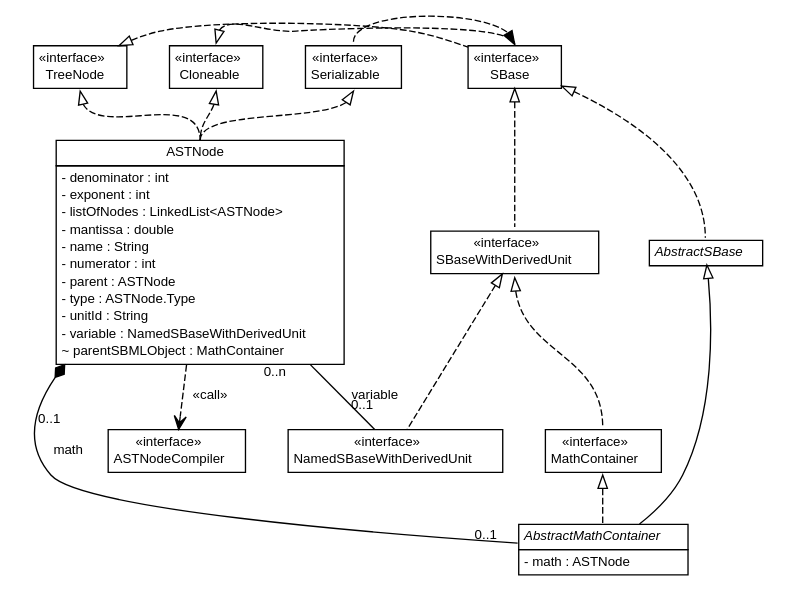
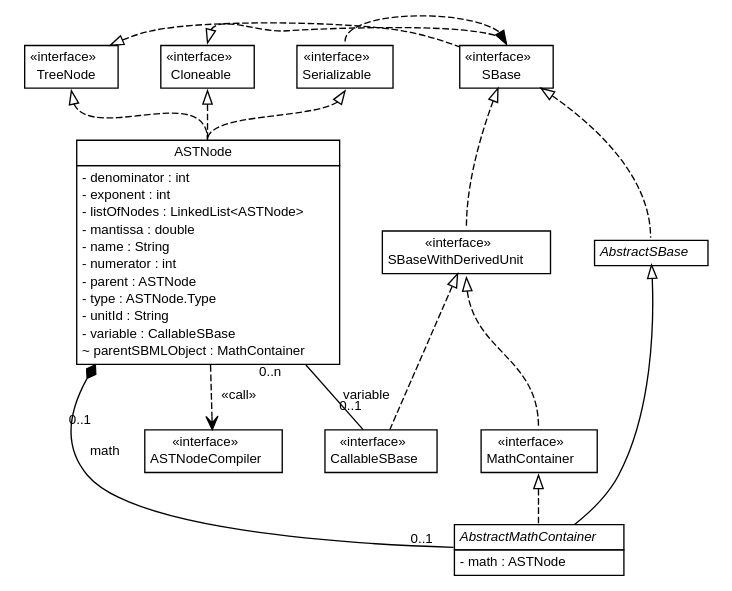
The diagram in doc/img/MathContainerClass.dot (sbmlteam/jsbml), drawn with Graphviz before and after one commit. The commit also changed 10 other files, not shown here.

Commit message:
Updated and improved the documentation about differences between JSBML and libSBML.

```diff
--- a/doc/img/MathContainerClass.dot
+++ b/doc/img/MathContainerClass.dot
@@ -1,153 +1,153 @@
 #!/usr/local/bin/dot
 #
 # Class diagram
 # Generated by UMLGraph version 5.2 (http://www.umlgraph.org/)
 #
 // dot -Tpdf -oMathContainerClass.pdf MathContainerClass.dot && acroread MathContainerClass.pdf &
 digraph G {
 margin=0;
 	edge [fontname="Helvetica",fontsize=10,labelfontname="Helvetica",labelfontsize=10];
         node [fontname="Helvetica",fontsize=10,shape=plaintext,margin="0.1,0"];
 	nodesep=0.25;
 	ranksep=0.5;
 	// org.sbml.jsbml.AbstractMathContainer
 	c0 [label=<<table title="org.sbml.jsbml.AbstractMathContainer" border="0" cellborder="1" cellspacing="0" cellpadding="2" port="p">
 		<tr><td><table border="0" cellspacing="0" cellpadding="1">
 <tr><td align="center" balign="center"><font face="Helvetica-Oblique"> AbstractMathContainer </font></td></tr>
 		</table></td></tr>
 		<tr><td><table border="0" cellspacing="0" cellpadding="1">
 <tr><td align="left" balign="left"> - math : ASTNode </td></tr>
 		</table></td></tr>
 		</table>>, fontname="Helvetica", fontcolor="black", fontsize=10.0];
 	//org.sbml.jsbml.AbstractMathContainer extends AbstractSBase
 	c1:p -> c0:p [dir=back,arrowtail=empty];
 	// org.sbml.jsbml.AbstractMathContainer COMPOSED ASTNode
 	c2:p -> c0:p [taillabel="\n\n\n      0..1", label="math", headlabel="\n\n0..1     ", fontname="Helvetica", fontcolor="black", fontsize=10.0, color="black", arrowhead=none, arrowtail=diamond, dir=back];
 	// org.sbml.jsbml.AbstractMathContainer COMPOSED ASTNode
 	c2:p -> c10:p [taillabel="0..n      ", label="variable", headlabel="0..1\n\n", fontname="Helvetica", fontcolor="black", fontsize=10.0, color="black", arrowhead=diamond, arrowtail=none, dir=back];
 	// AbstractSBase
 	c1[height=0.1,label=<<table title="org.sbml.jsbml.AbstractSBase" border="0" cellborder="1" cellspacing="0" cellpadding="2" port="p" href="http://java.sun.com/j2se/1.4.2/docs/api//AbstractSBase.html">
 		<tr><td><table border="0" cellspacing="0" cellpadding="1">
 <tr><td align="center" balign="center"><font face="Helvetica-Oblique"> AbstractSBase </font></td></tr>
 		</table></td></tr>
 		</table>>, fontname="Helvetica", fontcolor="black", fontsize=10.0];
 // 	// ASTNode
 // 	c2[label=<<table title="ASTNode" border="0" cellborder="1" cellspacing="0" cellpadding="2" port="p" href="http://java.sun.com/j2se/1.4.2/docs/api//ASTNode.html">
 // 		<tr><td><table border="0" cellspacing="0" cellpadding="1">
 // <tr><td align="center" balign="center"> ASTNode </td></tr>
 // 		</table></td></tr>
 // 		</table>>, fontname="Helvetica", fontcolor="black", fontsize=10.0];
 
 /*
  * Test
  */
 
 	// org.sbml.jsbml.ASTNode
 	c2 [height=0.1,label=<<table title="org.sbml.jsbml.ASTNode" border="0" cellborder="1" cellspacing="0" cellpadding="2" port="p">
 		<tr><td><table border="0" cellspacing="0" cellpadding="1">
 <tr><td align="center" balign="center"> ASTNode </td></tr>
 		</table></td></tr>
 		<tr><td><table border="0" cellspacing="0" cellpadding="1">
 <tr><td align="left" balign="left"> - denominator : int </td></tr>
 <tr><td align="left" balign="left"> - exponent : int </td></tr>
 <tr><td align="left" balign="left"> - listOfNodes : LinkedList&lt;ASTNode&gt; </td></tr>
 <tr><td align="left" balign="left"> - mantissa : double </td></tr>
 <tr><td align="left" balign="left"> - name : String </td></tr>
 <tr><td align="left" balign="left"> - numerator : int </td></tr>
 <tr><td align="left" balign="left"> - parent : ASTNode </td></tr>
 <tr><td align="left" balign="left"> - type : ASTNode.Type </td></tr>
 <tr><td align="left" balign="left"> - unitId : String </td></tr>
-<tr><td align="left" balign="left"> - variable : NamedSBaseWithDerivedUnit </td></tr>
+<tr><td align="left" balign="left"> - variable : CallableSBase </td></tr>
 <tr><td align="left" balign="left"> ~ parentSBMLObject : MathContainer </td></tr>
 		</table></td></tr>
 		</table>>, fontname="Helvetica", fontcolor="black", fontsize=10.0];
 	// org.sbml.jsbml.ASTNodeCompiler
 	c3 [label=<<table title="org.sbml.jsbml.ASTNodeCompiler" border="0" cellborder="1" cellspacing="0" cellpadding="2" port="p">
 		<tr><td><table border="0" cellspacing="0" cellpadding="1">
 <tr><td align="center" balign="center"> &#171;interface&#187; </td></tr>
 <tr><td align="center" balign="center"> ASTNodeCompiler </td></tr>
 		</table></td></tr>
 		</table>>, fontname="Helvetica", fontcolor="black", fontsize=10.0];
 	//org.sbml.jsbml.ASTNode implements javax.swing.tree.TreeNode
 	c4:s -> c2:n [dir=back,arrowtail=empty,style=dashed];
 // 	// org.sbml.jsbml.ASTNode COMPOSED org.sbml.jsbml.ASTNode
 // 	c2:ne -> c2:se [taillabel="0..n\n\n\n\n", label=" child", headlabel="\n1", fontname="Helvetica", fontcolor="black", fontsize=10.0, color="black", arrowhead=none, arrowtail=diamond];
 	// org.sbml.jsbml.ASTNode DEPEND org.sbml.jsbml.ASTNodeCompiler
 	c2:p -> c3:p [taillabel="", label="  &#171;call&#187;", headlabel="", fontname="Helvetica", fontcolor="black", fontsize=10.0, color="black", arrowhead=open, style=dashed];
 	// javax.swing.tree.TreeNode
 	c4 [label=<<table title="javax.swing.tree.TreeNode" border="0" cellborder="1" cellspacing="0" cellpadding="2" port="p" href="http://java.sun.com/j2se/1.4.2/docs/api/javax/swing/tree/TreeNode.html">
 		<tr><td><table border="0" cellspacing="0" cellpadding="1">
 <tr><td align="center" balign="center"> &#171;interface&#187; </td></tr>
 <tr><td align="center" balign="center"> TreeNode </td></tr>
 		</table></td></tr>
 		</table>>, fontname="Helvetica", fontcolor="black", fontsize=10.0];
         // org.sbml.jsbml.SBaseWithDerivedUnit
 	c5 [label=<<table title="org.sbml.jsbml.SBaseWithDerivedUnit" border="0" cellborder="1" cellspacing="0" cellpadding="2" port="p">
 		<tr><td><table border="0" cellspacing="0" cellpadding="1">
 <tr><td align="center" balign="center"> &#171;interface&#187; </td></tr>
 <tr><td align="center" balign="center"> SBaseWithDerivedUnit </td></tr>
 		</table></td></tr>
 		</table>>, fontname="Helvetica", fontcolor="black", fontsize=10.0];
 
 	// org.sbml.jsbml.MathContainer
         // MathContainer -> SBaseWithDerivedUnit
         c5:s -> c7:n [dir=back,arrowtail=empty,style=dashed];
         // AbstractMathContainer -> MathContainer
         c7:s -> c0:n [dir=back,arrowtail=empty,style=dashed];
         // org.sbml.jsbml.SBase
 	c6 [width=0.1,height=0.1,label=<<table title="org.sbml.jsbml.SBase" border="0" cellborder="1" cellspacing="0" cellpadding="2" port="p">
 		<tr><td><table border="0" cellspacing="0" cellpadding="1">
 <tr><td align="center" balign="center"> &#171;interface&#187; </td></tr>
 <tr><td align="center" balign="center"> SBase </td></tr>
 		</table></td></tr>
 		</table>>, fontname="Helvetica", fontcolor="black", fontsize=10.0];
 	c7 [label=<<table title="org.sbml.jsbml.MathContainer" border="0" cellborder="1" cellspacing="0" cellpadding="2" port="p">
 		<tr><td><table border="0" cellspacing="0" cellpadding="1">
 <tr><td align="center" balign="center"> &#171;interface&#187; </td></tr>
 <tr><td align="center" balign="center"> MathContainer </td></tr>
 		</table></td></tr>
 		</table>>, fontname="Helvetica", fontcolor="black", fontsize=10.0];
 
 	// java.lang.Cloneable
 	c8 [label=<<table title="java.lang.Cloneable" border="0" cellborder="1" cellspacing="0" cellpadding="2" port="p">
 		<tr><td><table border="0" cellspacing="0" cellpadding="1">
 <tr><td align="center" balign="center"> &#171;interface&#187; </td></tr>
 <tr><td align="center" balign="center"> Cloneable </td></tr>
 		</table></td></tr>
 		</table>>, fontname="Helvetica", fontcolor="black", fontsize=10.0];
 	// java.io.Serializable
 	c9 [label=<<table title="java.io.Serializable" border="0" cellborder="1" cellspacing="0" cellpadding="2" port="p">
 		<tr><td><table border="0" cellspacing="0" cellpadding="1">
 <tr><td align="center" balign="center"> &#171;interface&#187; </td></tr>
 <tr><td align="center" balign="center"> Serializable </td></tr>
 		</table></td></tr>
 		</table>>, fontname="Helvetica", fontcolor="black", fontsize=10.0];
-	// org.sbml.jsbml.NamedSBaseWithDerivedUnit
-	c10 [label=<<table title="org.sbml.jsbml.NamedSBaseWithDerivedUnit" border="0" cellborder="1" cellspacing="0" cellpadding="2" port="p">
+	// org.sbml.jsbml.CallableSBase
+	c10 [label=<<table title="org.sbml.jsbml.CallableSBase" border="0" cellborder="1" cellspacing="0" cellpadding="2" port="p">
 		<tr><td><table border="0" cellspacing="0" cellpadding="1">
 <tr><td align="center" balign="center"> &#171;interface&#187; </td></tr>
-<tr><td align="center" balign="center"> NamedSBaseWithDerivedUnit </td></tr>
+<tr><td align="center" balign="center"> CallableSBase </td></tr>
 		</table></td></tr>
 		</table>>, fontname="Helvetica", fontcolor="black", fontsize=10.0];
 
 
         // AbstractSBase -> SBase
         c6:p -> c1:n [dir=back,arrowtail=empty,style=dashed];
         // SBaseWithDerivedUnit -> SBase
         c6:p -> c5:n [dir=back,arrowtail=empty,style=dashed];
         // SBase -> TreeNode
         c4:p -> c6:p [dir=back,arrowtail=empty,style=dashed];
         // SBase -> Cloneable
         c8:n -> c6:n [dir=back,arrowtail=empty,style=dashed];
         // SBase -> Serializable
         c9:n -> c6:n [dir=back,arrowtail=empty,style=dashed];
-        // NamedSBaseWithDerivedUnit -> SBase
+        // CallableSBase -> SBase
         c5:p -> c10:p [dir=back,arrowtail=empty,style=dashed];
         // ASTNode -> Cloneable
         c8:s -> c2:n [dir=back,arrowtail=empty,style=dashed];
         // ASTNode -> Serializable
         c9:s -> c2:n [dir=back,arrowtail=empty,style=dashed];
 
  {rank="same"; c5; c1}
  {rank="same"; c4; c6; c8; c9}
 }
```
